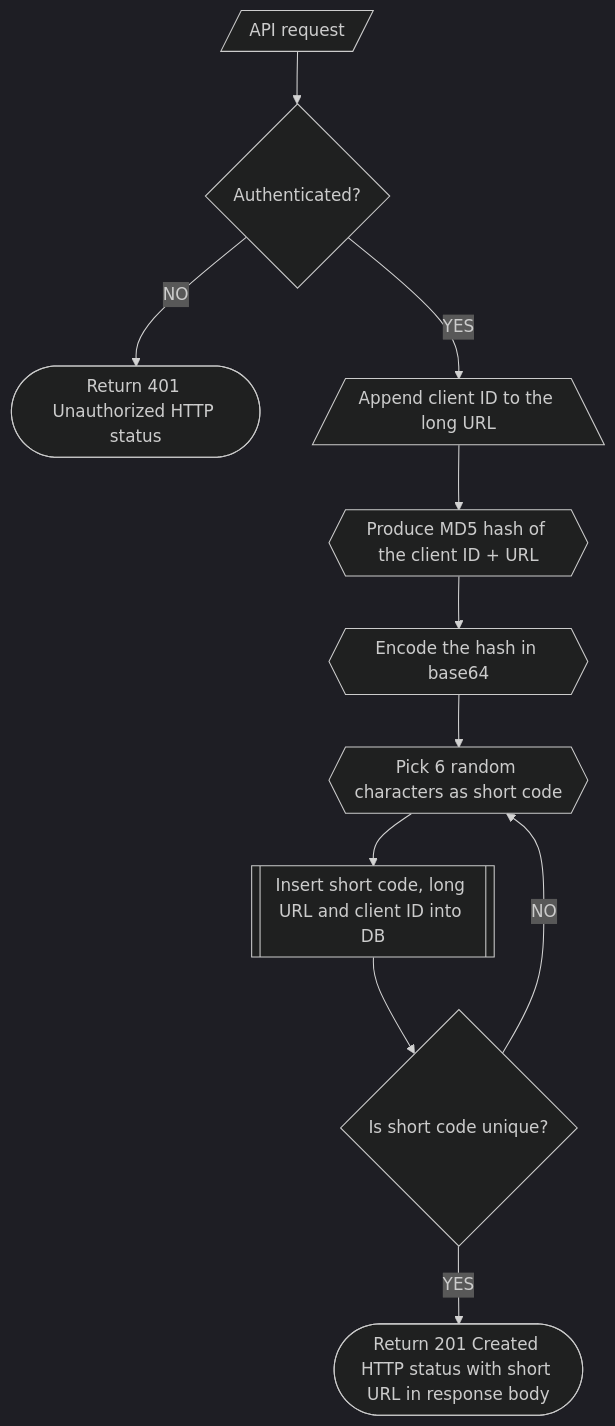
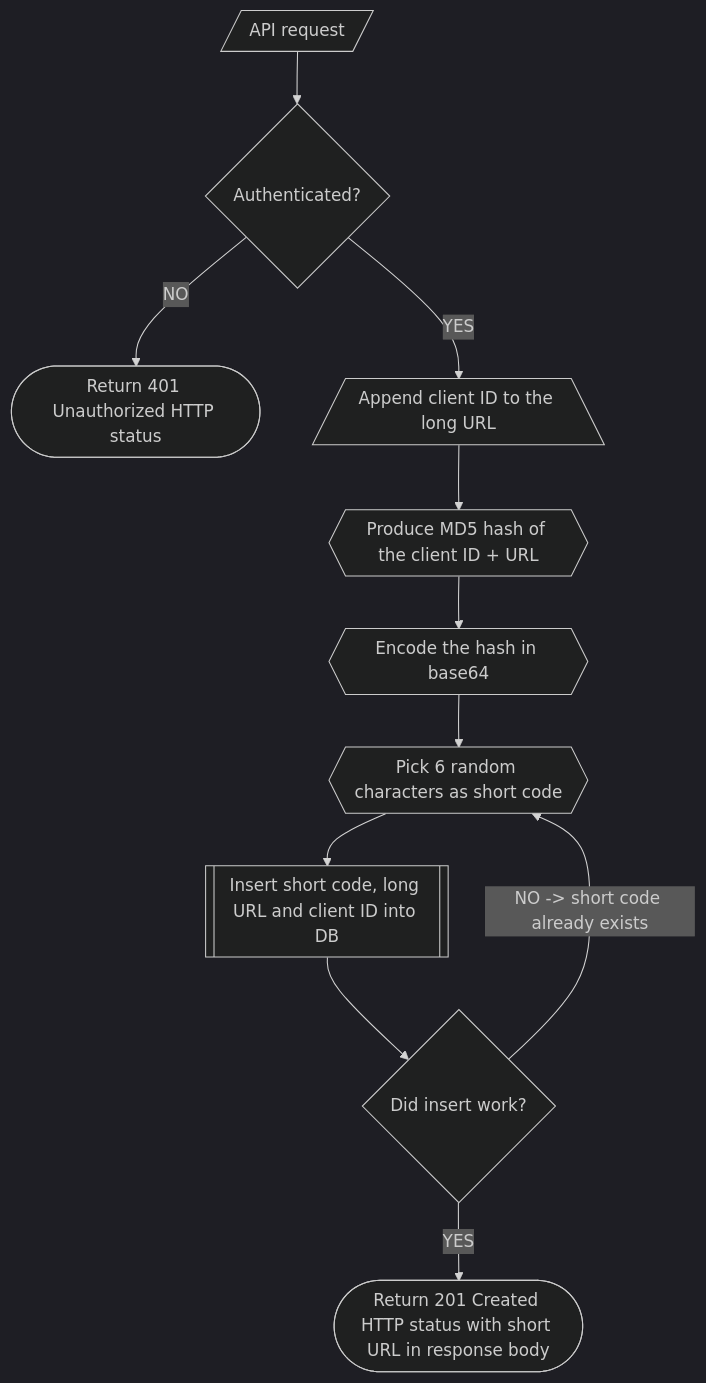
One commit to Antolius/deployments-and-disasters changed the diagram in content/scenarios/shortener-dev.md. Above: the diagram before and after it, drawn with Mermaid (dark theme). The commit also changed other lines of this file and 7 other files, not shown here.

```diff
--- a/content/scenarios/shortener-dev.md
+++ b/content/scenarios/shortener-dev.md
@@ -43,13 +43,13 @@
 {{<mermaid>}}
 flowchart TB
     A[/API request/] --> B{Authenticated?}
     B --NO--> C([Return 401 Unauthorized HTTP status])
     B --YES--> D[/Append client ID to the long URL\]
     D --> E{{Produce MD5 hash of the client ID + URL}}
     E --> F{{Encode the hash in base64}}
     F --> G{{Pick 6 random characters as short code}}
     G --> H[[Insert short code, long URL and client ID into DB]]
-    H --> I{Is short code unique?}
-    I --NO--> G
+    H --> I{Did insert work?}
+    I --NO -> short code already exists--> G
     I --YES--> J([Return 201 Created HTTP status with short URL in response body])
 {{</mermaid>}}
```
